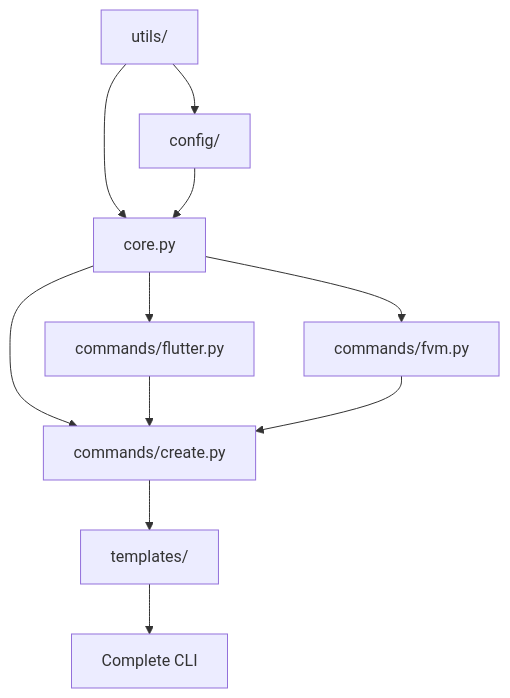
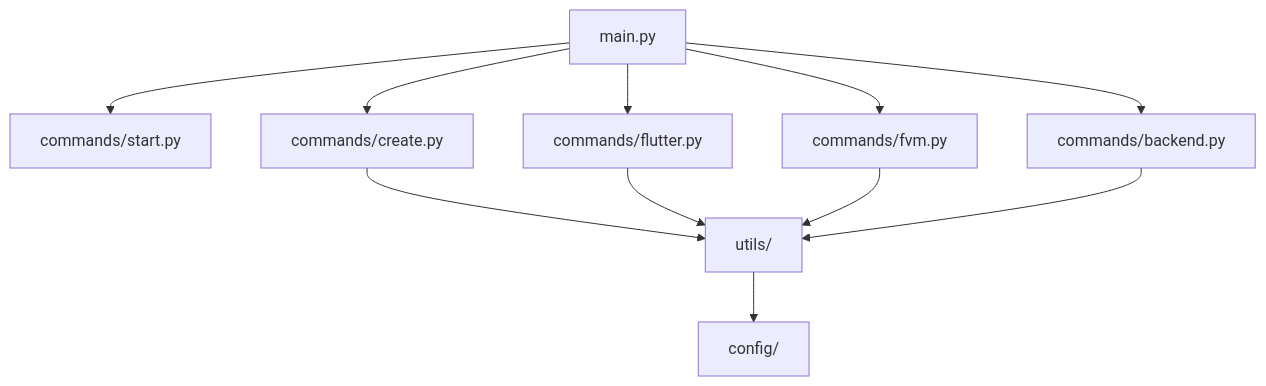
Before and after one commit to UTTAM-VAGHASIA/fluttercraft: the diagram in docs/implementation-roadmap.md, drawn with Mermaid. The commit also changed other lines of this file and 15 other files, not shown here.

````diff
--- a/docs/implementation-roadmap.md
+++ b/docs/implementation-roadmap.md
@@ -123,13 +81,13 @@
 ```mermaid
 graph TD
-    A[utils/] --> B[config/]
-    A --> C[core.py]
-    B --> C
-    C --> D[commands/create.py]
-    C --> E[commands/flutter.py]
-    C --> F[commands/fvm.py]
-    D --> G[templates/]
-    E --> D
-    F --> D
-    G --> H[Complete CLI]
+    A[main.py] --> B[commands/start.py]
+    A --> C[commands/create.py]
+    A --> D[commands/flutter.py]
+    A --> E[commands/fvm.py]
+    A --> F[commands/backend.py]
+    C --> G[utils/]
+    D --> G
+    E --> G
+    F --> G
+    G --> H[config/]
 ```
````
